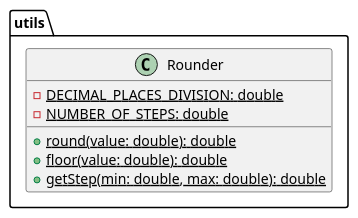
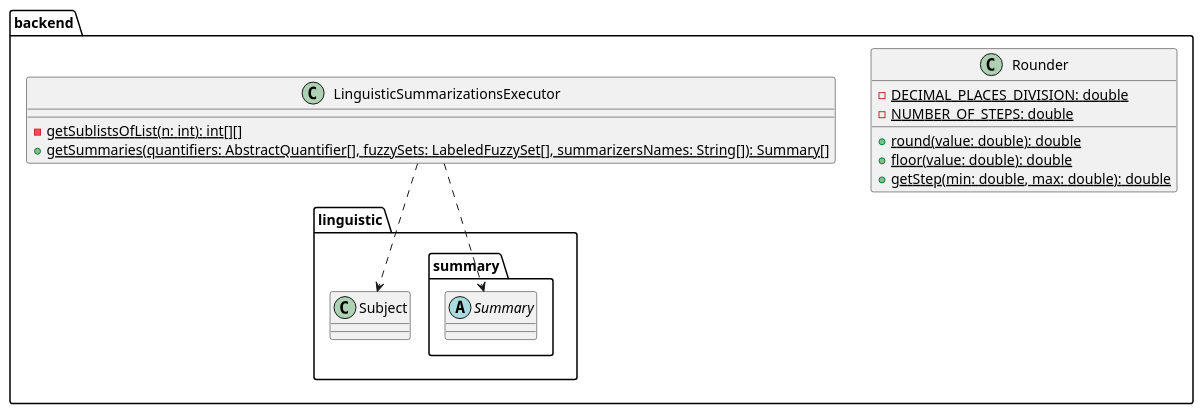
Before and after one commit to kambed/Computer-Recognition-Systems: the eighth of 8 diagrams in task2/README.md, drawn with PlantUML. The commit also changed other lines of this file, not shown here.

Commit message:
Backend update

````diff
--- a/task2/README.md
+++ b/task2/README.md
@@ -234,11 +376,23 @@
 ```plantuml
-package utils {
+package backend {
     class Rounder {
         - {static} DECIMAL_PLACES_DIVISION: double
         - {static} NUMBER_OF_STEPS: double
         + {static} round(value: double): double
         + {static} floor(value: double): double
         + {static} getStep(min: double, max: double): double
     }
+    class LinguisticSummarizationsExecutor {
+        - {static} getSublistsOfList(n: int): int[][]
+        + {static} getSummaries(quantifiers: AbstractQuantifier[], fuzzySets: LabeledFuzzySet[], summarizersNames: String[]): Summary[]
+    }
+    package linguistic {
+        package summary {
+            abstract class Summary
+        }
+        class Subject
+    }
+    LinguisticSummarizationsExecutor ..> Summary
+    LinguisticSummarizationsExecutor ..> Subject
 }
 ```
````
